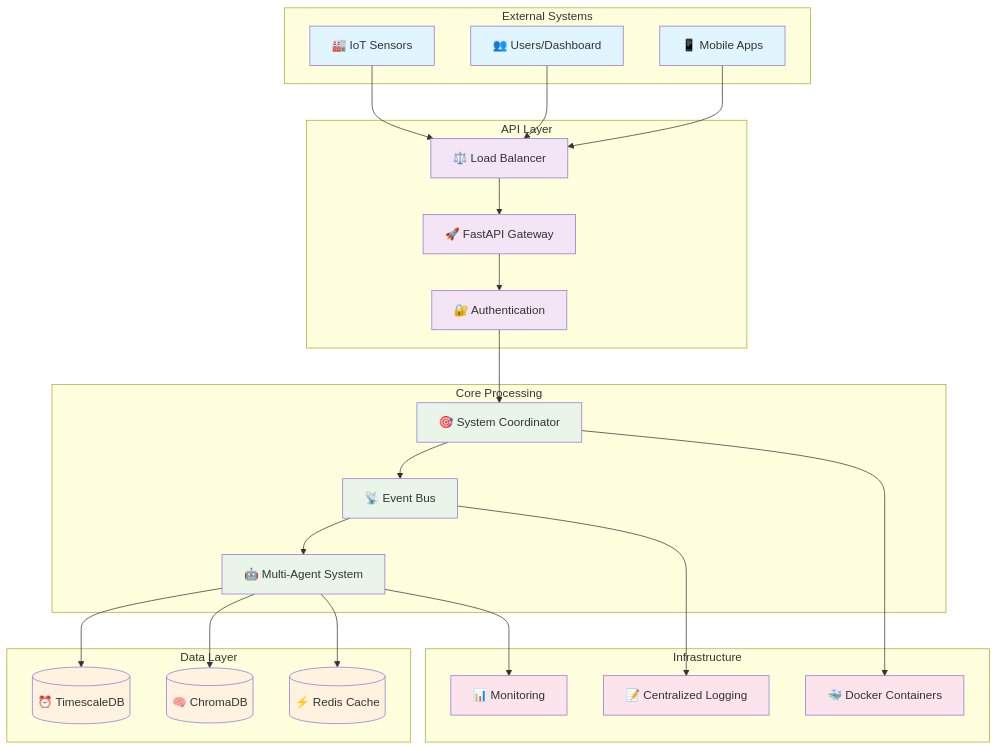
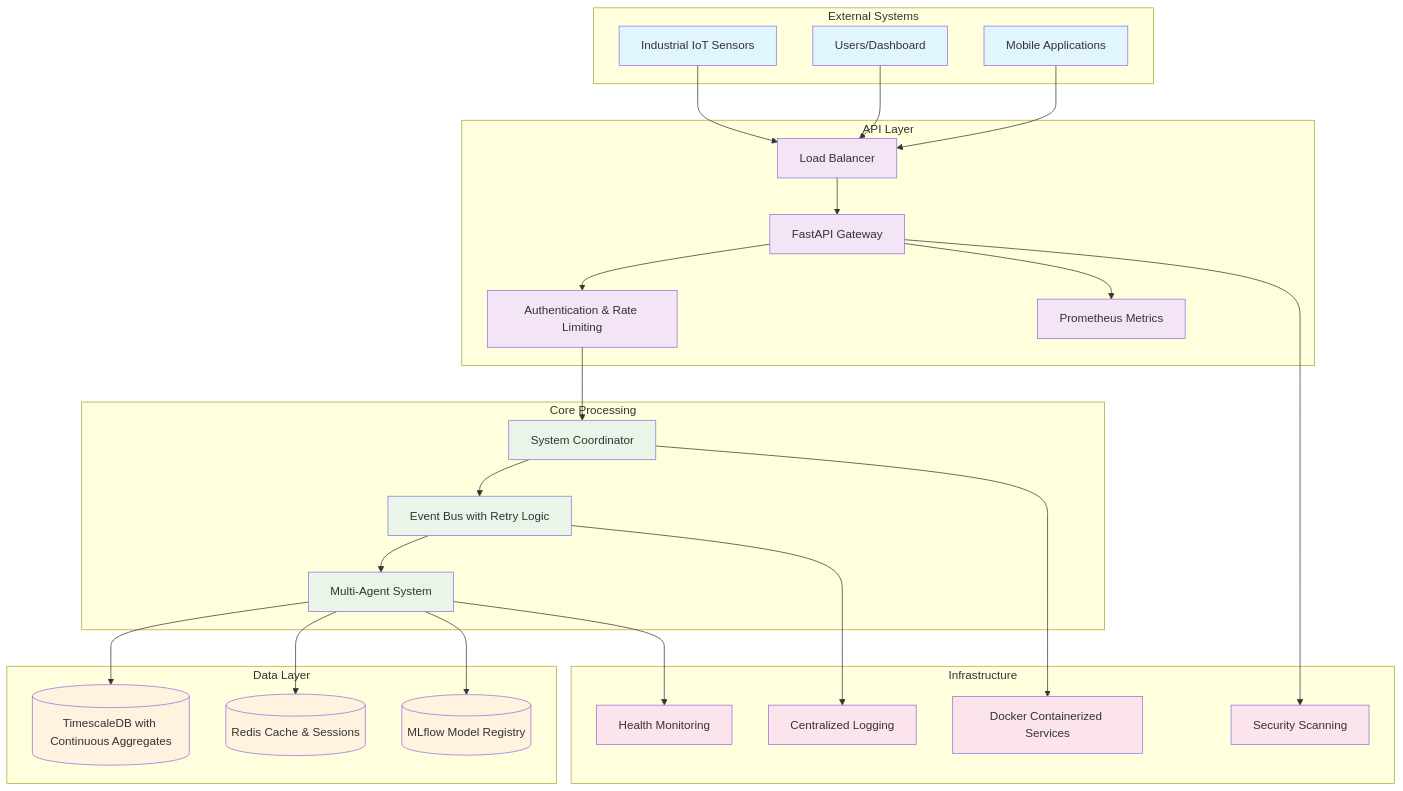
One commit to YanCotta/enterprise_challenge_sprint_1_hermes_reply changed the first of 14 diagrams in smart-maintenance-saas/docs/SYSTEM_AND_ARCHITECTURE.md. Above: the diagram before and after it, drawn with Mermaid. The commit also changed other lines of this file, not shown here.

````diff
--- a/smart-maintenance-saas/docs/SYSTEM_AND_ARCHITECTURE.md
+++ b/smart-maintenance-saas/docs/SYSTEM_AND_ARCHITECTURE.md
@@ -46,59 +98,63 @@
 ```mermaid
 graph TB
     subgraph "External Systems"
-        IOT[🏭 IoT Sensors]
-        USERS[👥 Users/Dashboard]
-        MOBILE[📱 Mobile Apps]
+        IOT[Industrial IoT Sensors]
+        USERS[Users/Dashboard]
+        MOBILE[Mobile Applications]
     end
 
     subgraph "API Layer"
-        LB[⚖️ Load Balancer]
-        API[🚀 FastAPI Gateway]
-        AUTH[🔐 Authentication]
+        LB[Load Balancer]
+        API[FastAPI Gateway]
+        AUTH[Authentication & Rate Limiting]
+        METRICS[Prometheus Metrics]
     end
 
     subgraph "Core Processing"
-        COORD[🎯 System Coordinator]
-        EVENT[📡 Event Bus]
-        AGENTS[🤖 Multi-Agent System]
+        COORD[System Coordinator]
+        EVENT[Event Bus with Retry Logic]
+        AGENTS[Multi-Agent System]
     end
 
     subgraph "Data Layer"
-        TS[(⏰ TimescaleDB)]
-        VEC[(🧠 ChromaDB)]
-        CACHE[(⚡ Redis Cache)]
+        TS[(TimescaleDB with Continuous Aggregates)]
+        REDIS[(Redis Cache & Sessions)]
+        MLFLOW[(MLflow Model Registry)]
     end
 
     subgraph "Infrastructure"
-        DOCKER[🐳 Docker Containers]
-        MONITOR[📊 Monitoring]
-        LOGS[📝 Centralized Logging]
+        DOCKER[Docker Containerized Services]
+        MONITOR[Health Monitoring]
+        LOGS[Centralized Logging]
+        SECURITY[Security Scanning]
     end
 
     IOT --> LB
     USERS --> LB
     MOBILE --> LB
     LB --> API
     API --> AUTH
     AUTH --> COORD
     COORD --> EVENT
     EVENT --> AGENTS
     AGENTS --> TS
-    AGENTS --> VEC
-    AGENTS --> CACHE
+    AGENTS --> REDIS
+    AGENTS --> MLFLOW
     COORD --> DOCKER
     AGENTS --> MONITOR
     EVENT --> LOGS
+    API --> METRICS
+    API --> SECURITY
 
     classDef external fill:#e1f5fe
     classDef api fill:#f3e5f5
     classDef core fill:#e8f5e8
     classDef data fill:#fff3e0
     classDef infra fill:#fce4ec
 
     class IOT,USERS,MOBILE external
-    class LB,API,AUTH api
+    class LB,API,AUTH,METRICS api
     class COORD,EVENT,AGENTS core
-    class TS,VEC,CACHE data
-    class DOCKER,MONITOR,LOGS infra
+    class TS,REDIS,MLFLOW data
+    class DOCKER,MONITOR,LOGS,SECURITY infra
 ```
````
